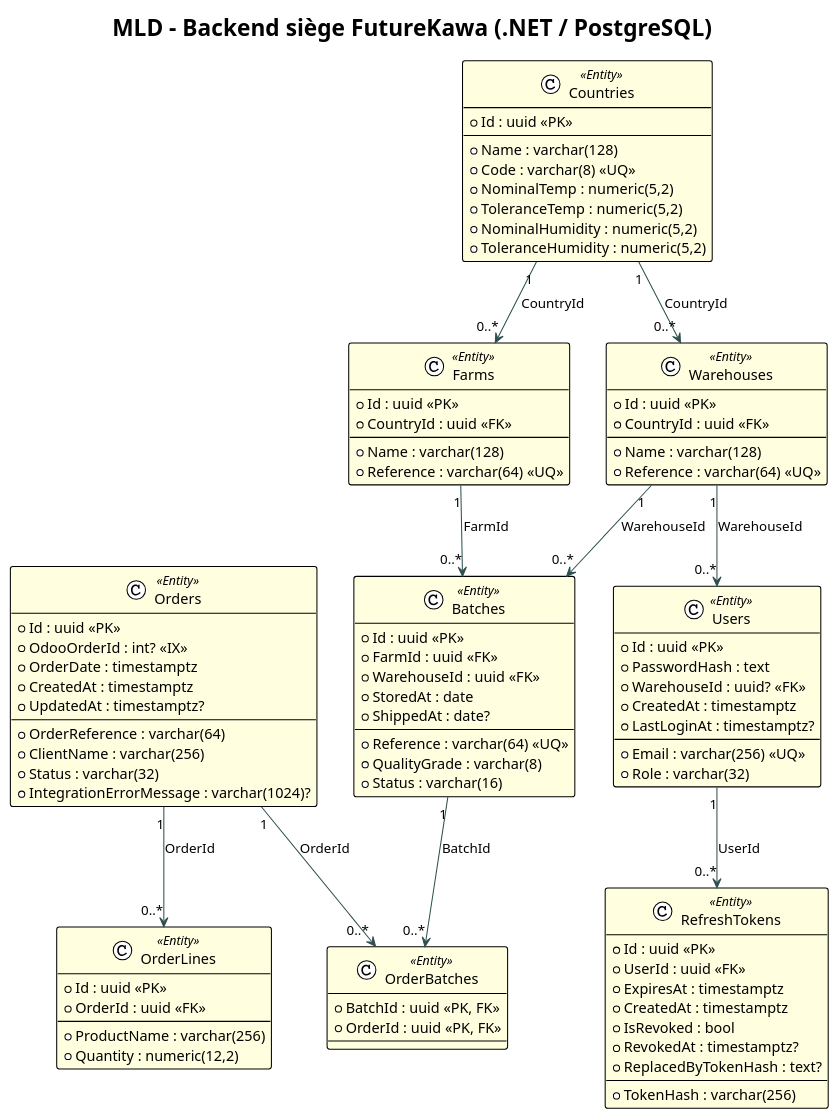
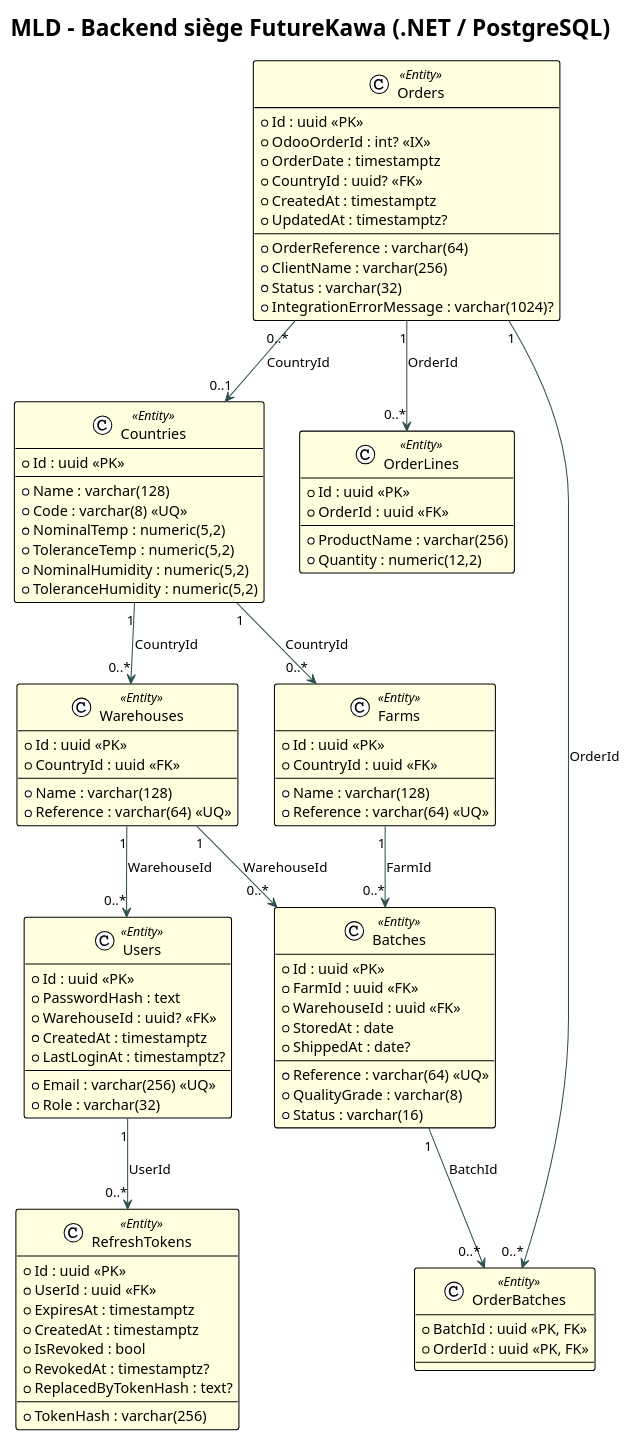
Before and after one commit to FutureKawa-Nte-G2/FutureKawa: the diagram in Documentation/diagrammes/mld_backend.puml, drawn with PlantUML. The commit also changed 19 other files, not shown here.

Commit message:
feat: associate orders with origin country and auto-generate batch references in Odoo

```diff
--- a/Documentation/diagrammes/mld_backend.puml
+++ b/Documentation/diagrammes/mld_backend.puml
@@ -1,103 +1,105 @@
 @startuml MLD_Backend_FutureKawa
 
 !theme plain
 
 title MLD - Backend siège FutureKawa (.NET / PostgreSQL)
 
 skinparam class {
     BackgroundColor<<Entity>> LightYellow
     ArrowColor DarkSlateGray
 }
 
 class "Users" as Users <<Entity>> {
   + Id : uuid <<PK>>
   + Email : varchar(256) <<UQ>>
   + PasswordHash : text
   + Role : varchar(32)
   + WarehouseId : uuid? <<FK>>
   + CreatedAt : timestamptz
   + LastLoginAt : timestamptz?
 }
 
 class "RefreshTokens" as RefreshTokens <<Entity>> {
   + Id : uuid <<PK>>
   + UserId : uuid <<FK>>
   + TokenHash : varchar(256)
   + ExpiresAt : timestamptz
   + CreatedAt : timestamptz
   + IsRevoked : bool
   + RevokedAt : timestamptz?
   + ReplacedByTokenHash : text?
 }
 
 class "Countries" as Countries <<Entity>> {
   + Id : uuid <<PK>>
   + Name : varchar(128)
   + Code : varchar(8) <<UQ>>
   + NominalTemp : numeric(5,2)
   + ToleranceTemp : numeric(5,2)
   + NominalHumidity : numeric(5,2)
   + ToleranceHumidity : numeric(5,2)
 }
 
 class "Farms" as Farms <<Entity>> {
   + Id : uuid <<PK>>
   + CountryId : uuid <<FK>>
   + Name : varchar(128)
   + Reference : varchar(64) <<UQ>>
 }
 
 class "Warehouses" as Warehouses <<Entity>> {
   + Id : uuid <<PK>>
   + CountryId : uuid <<FK>>
   + Name : varchar(128)
   + Reference : varchar(64) <<UQ>>
 }
 
 class "Batches" as Batches <<Entity>> {
   + Id : uuid <<PK>>
   + FarmId : uuid <<FK>>
   + WarehouseId : uuid <<FK>>
   + Reference : varchar(64) <<UQ>>
   + StoredAt : date
   + ShippedAt : date?
   + QualityGrade : varchar(8)
   + Status : varchar(16)
 }
 
 class "Orders" as Orders <<Entity>> {
   + Id : uuid <<PK>>
   + OdooOrderId : int? <<IX>>
   + OrderReference : varchar(64)
   + OrderDate : timestamptz
   + ClientName : varchar(256)
+  + CountryId : uuid? <<FK>>
   + Status : varchar(32)
   + IntegrationErrorMessage : varchar(1024)?
   + CreatedAt : timestamptz
   + UpdatedAt : timestamptz?
 }
 
 class "OrderLines" as OrderLines <<Entity>> {
   + Id : uuid <<PK>>
   + OrderId : uuid <<FK>>
   + ProductName : varchar(256)
   + Quantity : numeric(12,2)
 }
 
 class "OrderBatches" as OrderBatches <<Entity>> {
   + BatchId : uuid <<PK, FK>>
   + OrderId : uuid <<PK, FK>>
 }
 
 ' Relations logiques (PK/FK)
 Users "1" --> "0..*" RefreshTokens : UserId
 Warehouses "1" --> "0..*" Users : WarehouseId
 Countries "1" --> "0..*" Farms : CountryId
 Countries "1" --> "0..*" Warehouses : CountryId
 Farms "1" --> "0..*" Batches : FarmId
 Warehouses "1" --> "0..*" Batches : WarehouseId
 Orders "1" --> "0..*" OrderLines : OrderId
+Orders "0..*" --> "0..1" Countries : CountryId
 Orders "1" --> "0..*" OrderBatches : OrderId
 Batches "1" --> "0..*" OrderBatches : BatchId
 
 @enduml
```
